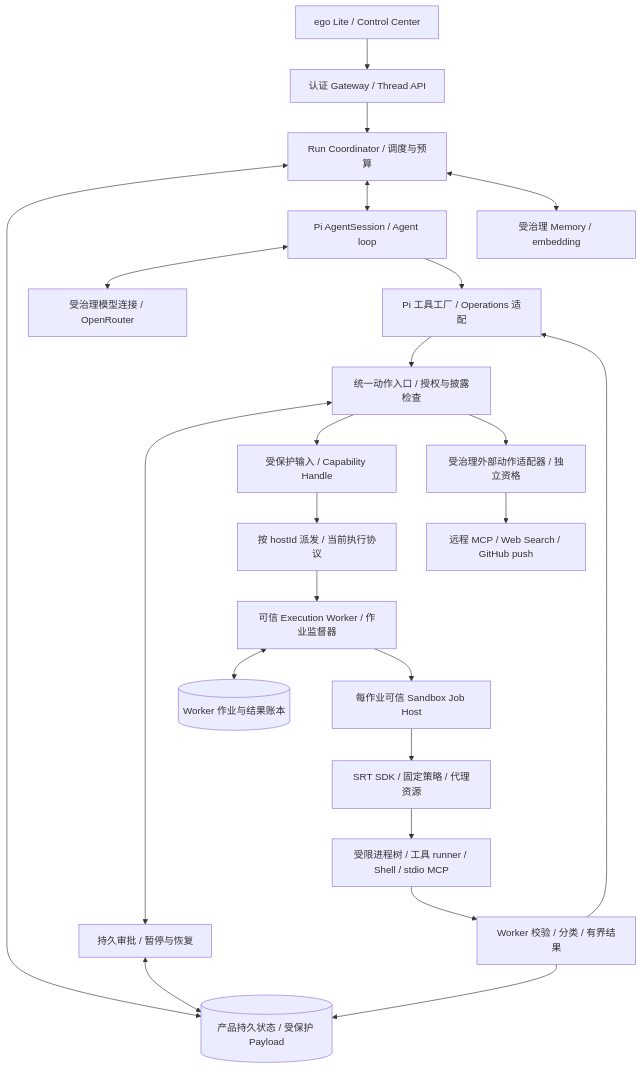
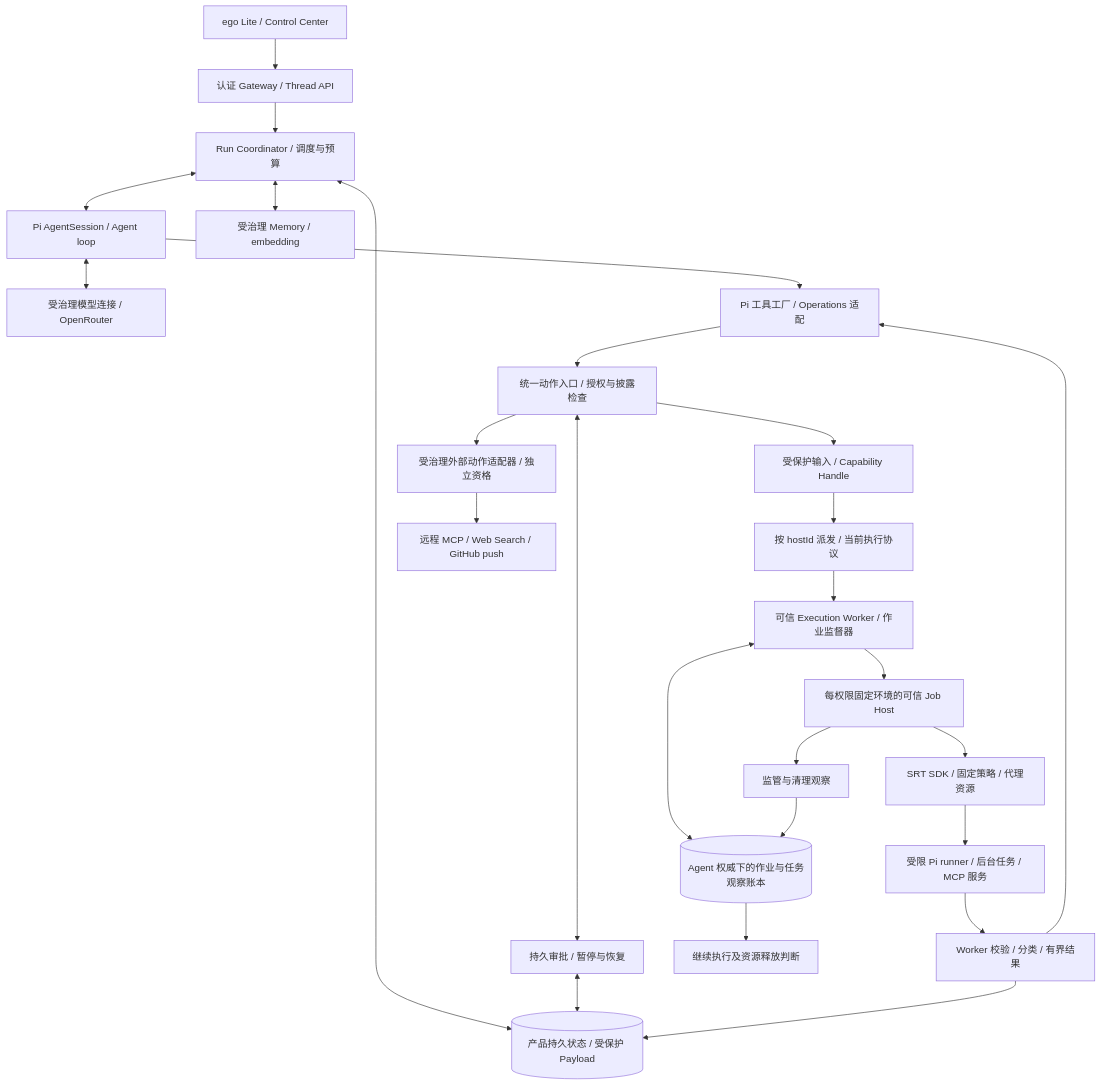
One commit to sixianli/himawari-agent changed the first of 3 diagrams in docs/execution/specs/2026-09-07-srt-unified-execution-design.md. Above: the diagram before and after it, drawn with Mermaid. The commit also changed other lines of this file and 6 other files, not shown here.

````diff
--- a/docs/execution/specs/2026-09-07-srt-unified-execution-design.md
+++ b/docs/execution/specs/2026-09-07-srt-unified-execution-design.md
@@ -60,25 +100,28 @@
 ```mermaid
 flowchart TB
     UI[ego Lite / Control Center] --> GW[认证 Gateway / Thread API]
     GW --> RC[Run Coordinator / 调度与预算]
     RC <--> DB[(产品持久状态 / 受保护 Payload)]
     RC <--> PI[Pi AgentSession / Agent loop]
     PI <--> MODEL[受治理模型连接 / OpenRouter]
     PI --> TOOLS[Pi 工具工厂 / Operations 适配]
     TOOLS --> ADMIT[统一动作入口 / 授权与披露检查]
     ADMIT <--> HITL[持久审批 / 暂停与恢复]
     HITL <--> DB
     ADMIT --> INPUT[受保护输入 / Capability Handle]
     INPUT --> ROUTE[按 hostId 派发 / 当前执行协议]
     ROUTE --> WORKER[可信 Execution Worker / 作业监督器]
-    WORKER <--> JOURNAL[(Worker 作业与结果账本)]
-    WORKER --> JOB[每作业可信 Sandbox Job Host]
+    WORKER <--> JOURNAL[(Agent 权威下的作业与任务观察账本)]
+    WORKER --> JOB[每权限固定环境的可信 Job Host]
     JOB --> SRT[SRT SDK / 固定策略 / 代理资源]
-    SRT --> CHILD[受限进程树 / 工具 runner / Shell / stdio MCP]
+    SRT --> CHILD[受限 Pi runner / 后台任务 / MCP 服务]
     CHILD --> OUTPUT[Worker 校验 / 分类 / 有界结果]
+    JOB --> OBS[监管与清理观察]
+    OBS --> JOURNAL
+    JOURNAL --> GATE[继续执行及资源释放判断]
     OUTPUT --> DB
     OUTPUT --> TOOLS
     ADMIT --> EXT[受治理外部动作适配器 / 独立资格]
     EXT --> REMOTE[远程 MCP / Web Search / GitHub push]
     RC <--> MEM[受治理 Memory / embedding]
 ```
````
